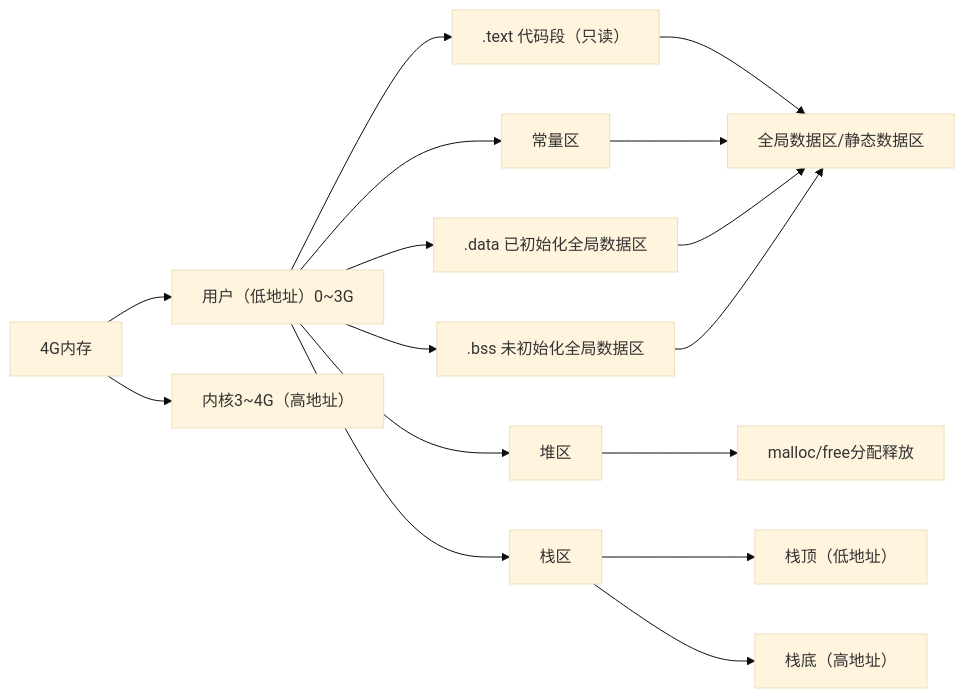
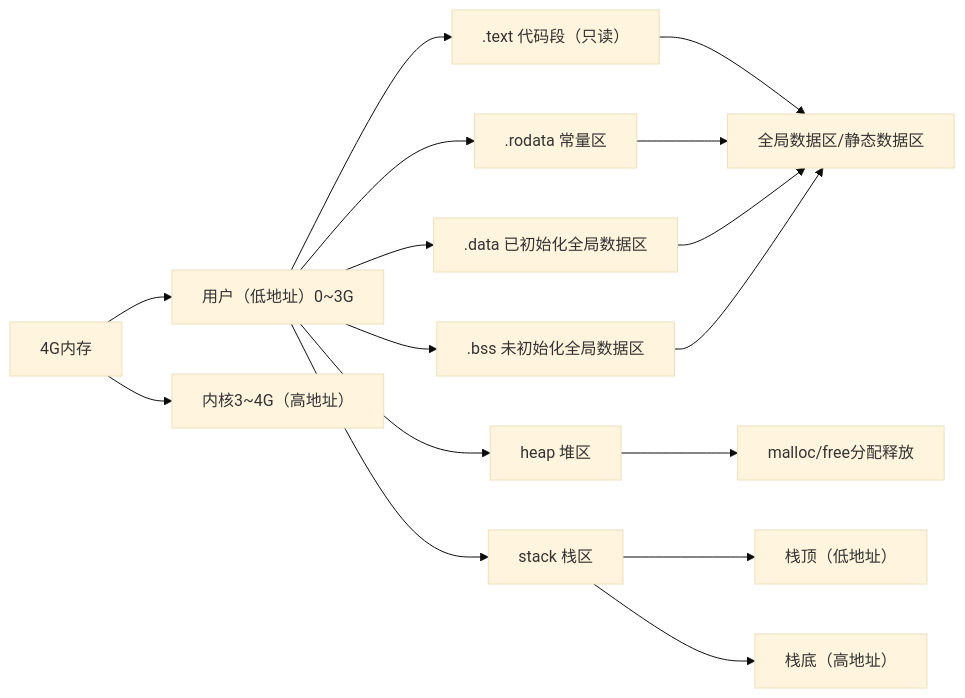
Before and after one commit to DaneJoe001/LearningNote: the tenth of 13 diagrams in C++开发体系笔记.md, drawn with Mermaid (base theme). The commit also changed other lines of this file and 1 other file, not shown here.

````diff
--- a/C++开发体系笔记.md
+++ b/C++开发体系笔记.md
@@ -1054,18 +1087,18 @@
 ``` mermaid
 graph LR
 A[4G内存]-->B1[用户（低地址）0~3G]
 A-->B2[内核3~4G（高地址）]
 B1-->C1[.text 代码段（只读）]
-B1-->C2[常量区]
+B1-->C2[.rodata 常量区]
 B1-->C3[.data 已初始化全局数据区]
 B1-->C4[.bss 未初始化全局数据区]
 C1-->D1[全局数据区/静态数据区]
 C2-->D1
 C3-->D1
 C4-->D1
-B1-->C5[堆区]
+B1-->C5[heap 堆区]
 C5-->D2[malloc/free分配释放]
-B1-->C6[栈区]
+B1-->C6[stack 栈区]
 C6-->D3[栈顶（低地址）]
 C6-->D4[栈底（高地址）]
 ```
````
